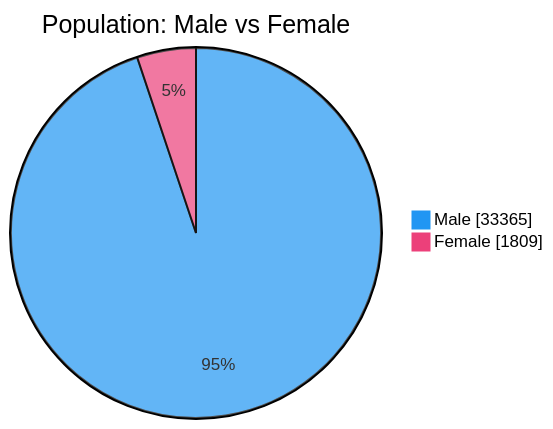
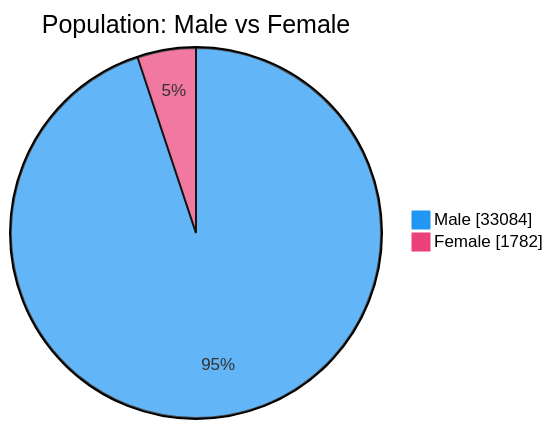
One commit to nuuuwan/lk_prisons changed the second of 7 diagrams in README.md. Above: the diagram before and after it, drawn with Mermaid. The commit also changed other lines of this file and 1 other file, not shown here.

````diff
--- a/README.md
+++ b/README.md
@@ -54,6 +54,6 @@
 ```mermaid
 %%{init: {'themeVariables': {'pie1': '#2196F3', 'pie2': '#EC407A'}}}%%
 pie showData title Population: Male vs Female
-    "Male" : 33365
-    "Female" : 1809
+    "Male" : 33084
+    "Female" : 1782
 ```
````
